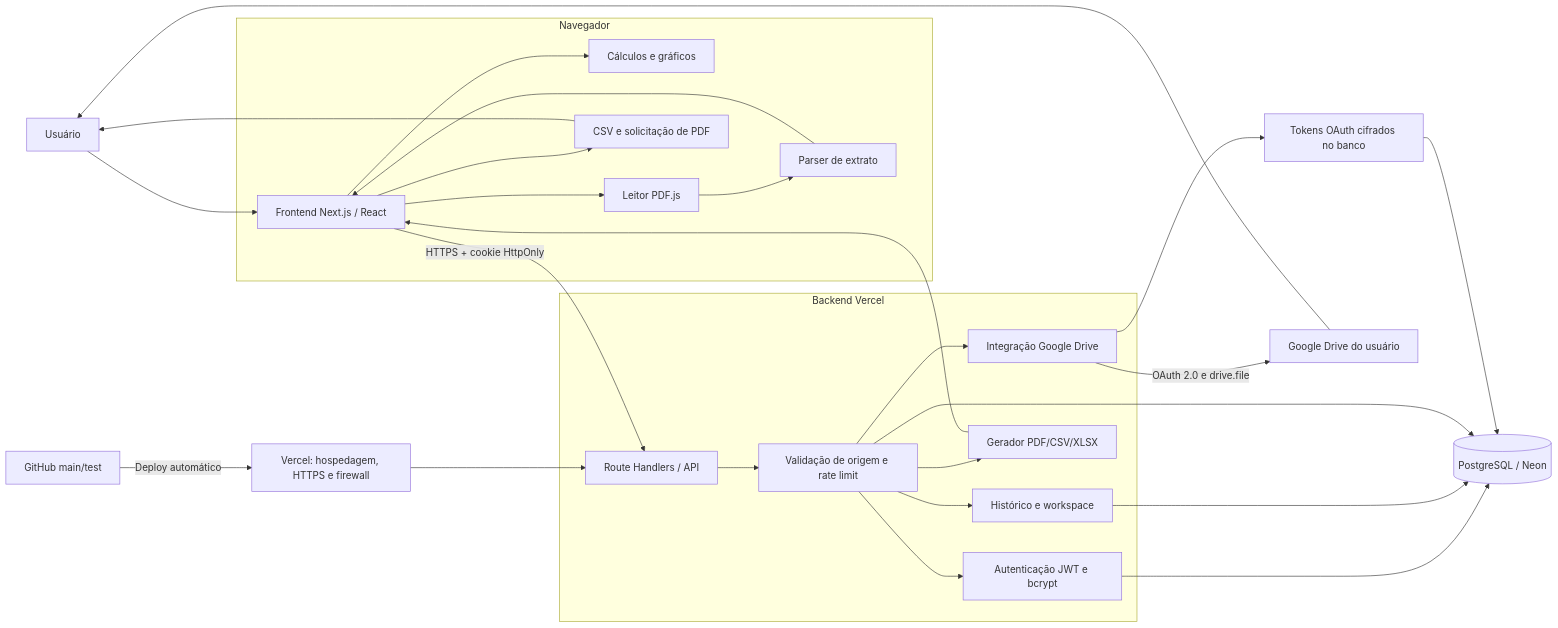
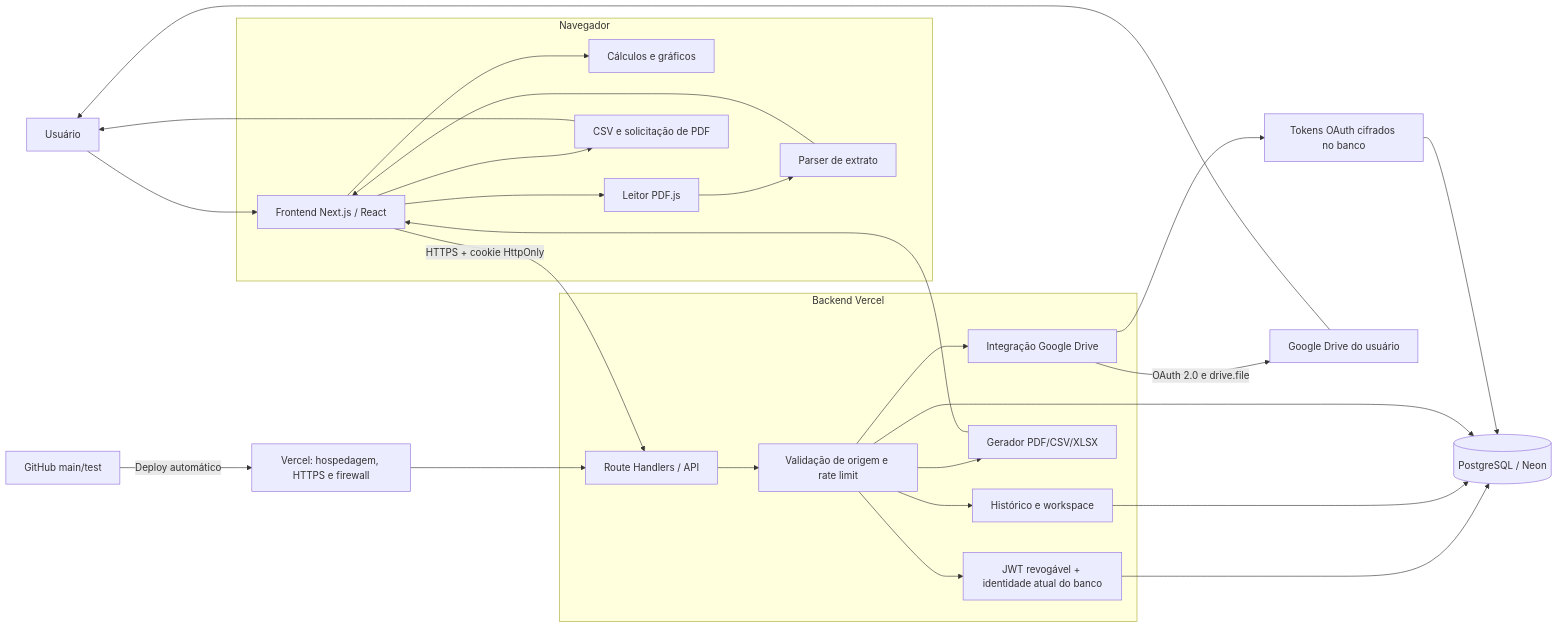
Before and after one commit to rennercand/CandTech: the first of 3 diagrams in docs/ARQUITETURA.md, drawn with Mermaid. The commit also changed other lines of this file and 16 other files, not shown here.

````diff
--- a/docs/ARQUITETURA.md
+++ b/docs/ARQUITETURA.md
@@ -5,35 +5,35 @@
 ```mermaid
 flowchart LR
   U[Usuário] --> UI[Frontend Next.js / React]
 
   subgraph Navegador
     UI --> CALC[Cálculos e gráficos]
     UI --> PDFJS[Leitor PDF.js]
     PDFJS --> PARSER[Parser de extrato]
     PARSER --> UI
     UI --> EXPORTLOCAL[CSV e solicitação de PDF]
   end
 
   UI -->|HTTPS + cookie HttpOnly| API[Route Handlers / API]
 
   subgraph Backend Vercel
     API --> SEC[Validação de origem e rate limit]
-    SEC --> AUTH[Autenticação JWT e bcrypt]
+    SEC --> AUTH[JWT revogável + identidade atual do banco]
     SEC --> HISTORY[Histórico e workspace]
     SEC --> REPORTS[Gerador PDF/CSV/XLSX]
     SEC --> DRIVE[Integração Google Drive]
   end
 
   AUTH --> DB[(PostgreSQL / Neon)]
   HISTORY --> DB
   SEC --> DB
   DRIVE --> TOKENS[Tokens OAuth cifrados no banco]
   TOKENS --> DB
   DRIVE -->|OAuth 2.0 e drive.file| GOOGLE[Google Drive do usuário]
   REPORTS --> UI
   EXPORTLOCAL --> U
   GOOGLE --> U
 
   VERCEL[Vercel: hospedagem, HTTPS e firewall] --> API
   GITHUB[GitHub main/test] -->|Deploy automático| VERCEL
 ```
````
